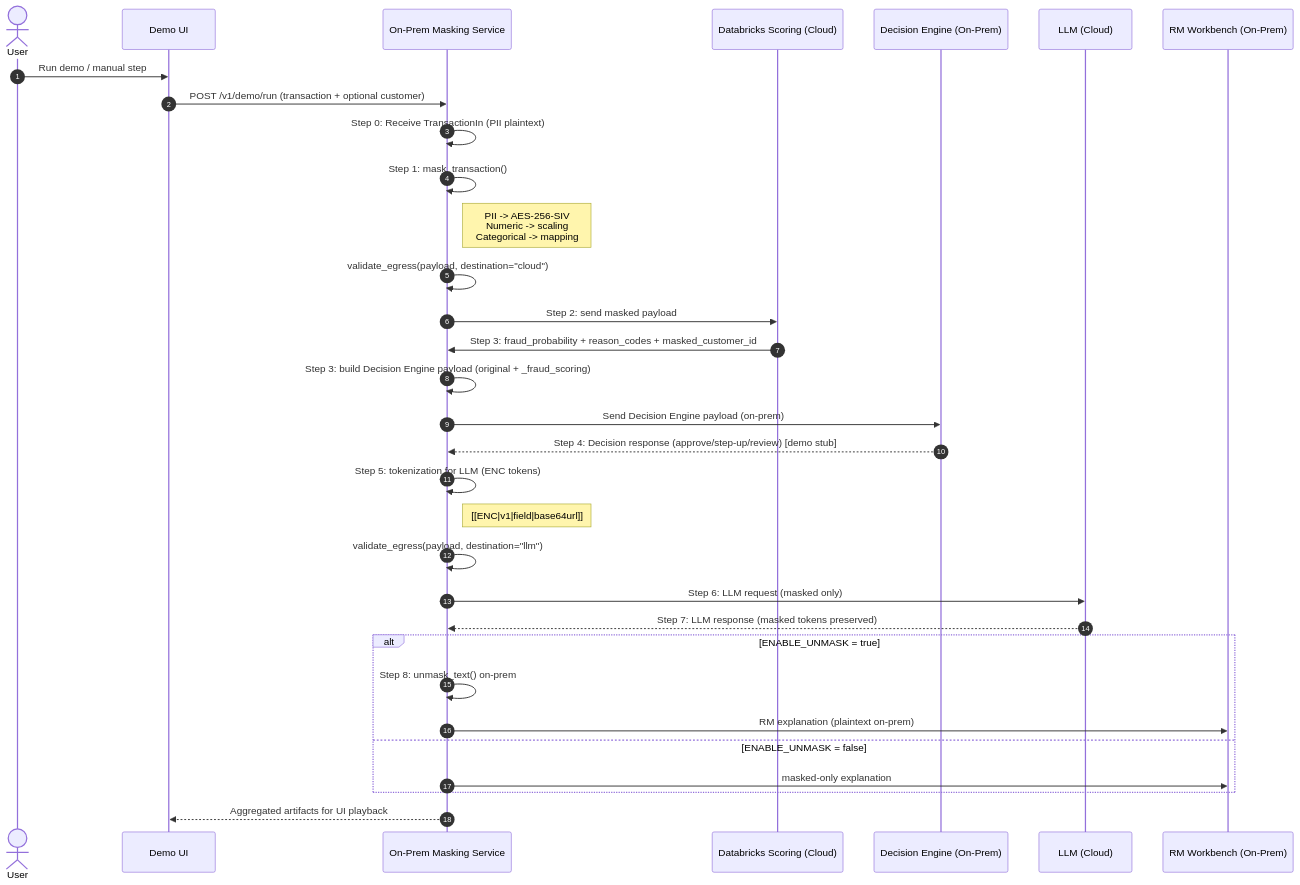
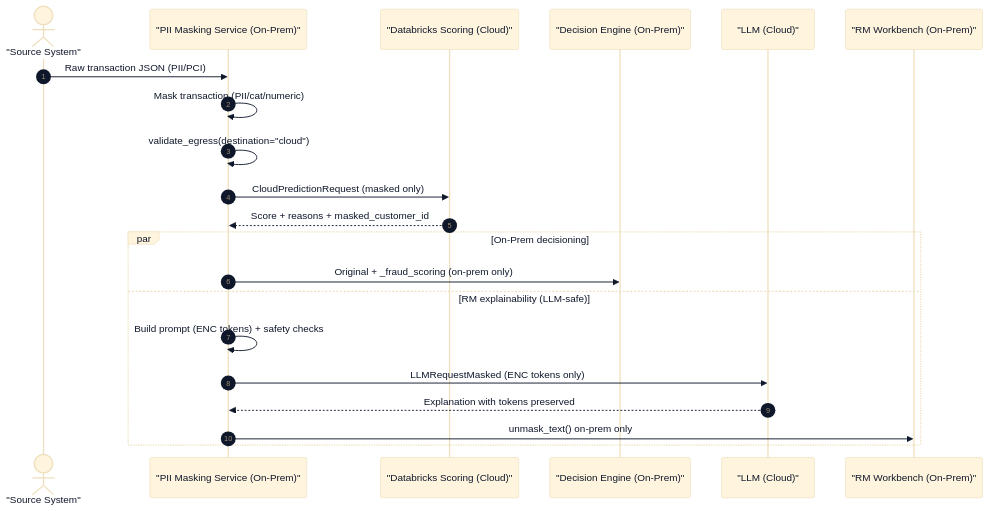
The sixth of 6 diagrams in README.md (kkirko/PII-Masking-Service), drawn with Mermaid before and after one commit. The commit also changed other lines of this file and 2 other files, not shown here.

Commit message:
Docs: polish README and sequence diagrams

````diff
--- a/README.md
+++ b/README.md
@@ -127,40 +196,26 @@
 ```mermaid
+%%{init: {"theme":"base","themeVariables":{"fontFamily":"ui-sans-serif, system-ui, -apple-system, Segoe UI, Roboto, Arial","primaryTextColor":"#0f172a","lineColor":"#64748b","noteBkgColor":"#f8fafc","noteTextColor":"#0f172a"}}}%%
 sequenceDiagram
     autonumber
-    actor User
-    participant UI as Demo UI
-    participant Svc as On-Prem Masking Service
-    participant Cloud as Databricks Scoring (Cloud)
-    participant DE as Decision Engine (On-Prem)
-    participant LLM as LLM (Cloud)
-    participant RM as RM Workbench (On-Prem)
+    actor Client as "Source System"
+    participant Svc as "PII Masking Service (On-Prem)"
+    participant DBX as "Databricks Scoring (Cloud)"
+    participant DE as "Decision Engine (On-Prem)"
+    participant LLM as "LLM (Cloud)"
+    participant RM as "RM Workbench (On-Prem)"
 
-    User->>UI: Run demo / manual step
-    UI->>Svc: POST /v1/demo/run (transaction + optional customer)
+    Client->>Svc: Raw transaction JSON (PII/PCI)
+    Svc->>Svc: Mask transaction (PII/cat/numeric)
+    Svc->>Svc: validate_egress(destination="cloud")
+    Svc->>DBX: CloudPredictionRequest (masked only)
+    DBX-->>Svc: Score + reasons + masked_customer_id
 
-    Svc->>Svc: Step 0: Receive TransactionIn (PII plaintext)
-    Svc->>Svc: Step 1: mask_transaction()
-    Note right of Svc: PII -> AES-256-SIV<br/>Numeric -> scaling<br/>Categorical -> mapping
-    Svc->>Svc: validate_egress(payload, destination="cloud")
-    Svc->>Cloud: Step 2: send masked payload
-    Cloud->>Svc: Step 3: fraud_probability + reason_codes + masked_customer_id
-
-    Svc->>Svc: Step 3: build Decision Engine payload (original + _fraud_scoring)
-    Svc->>DE: Send Decision Engine payload (on-prem)
-    DE-->>Svc: Step 4: Decision response (approve/step-up/review) [demo stub]
-
-    Svc->>Svc: Step 5: tokenization for LLM (ENC tokens)
-    Note right of Svc: [[ENC|v1|field|base64url]]
-    Svc->>Svc: validate_egress(payload, destination="llm")
-    Svc->>LLM: Step 6: LLM request (masked only)
-    LLM-->>Svc: Step 7: LLM response (masked tokens preserved)
-
-    alt ENABLE_UNMASK = true
-        Svc->>Svc: Step 8: unmask_text() on-prem
-        Svc->>RM: RM explanation (plaintext on-prem)
-    else ENABLE_UNMASK = false
-        Svc->>RM: masked-only explanation
+    par On-Prem decisioning
+        Svc->>DE: Original + _fraud_scoring (on-prem only)
+    and RM explainability (LLM-safe)
+        Svc->>Svc: Build prompt (ENC tokens) + safety checks
+        Svc->>LLM: LLMRequestMasked (ENC tokens only)
+        LLM-->>Svc: Explanation with tokens preserved
+        Svc->>RM: unmask_text() on-prem only
     end
-
-    Svc-->>UI: Aggregated artifacts for UI playback
 ```
````
